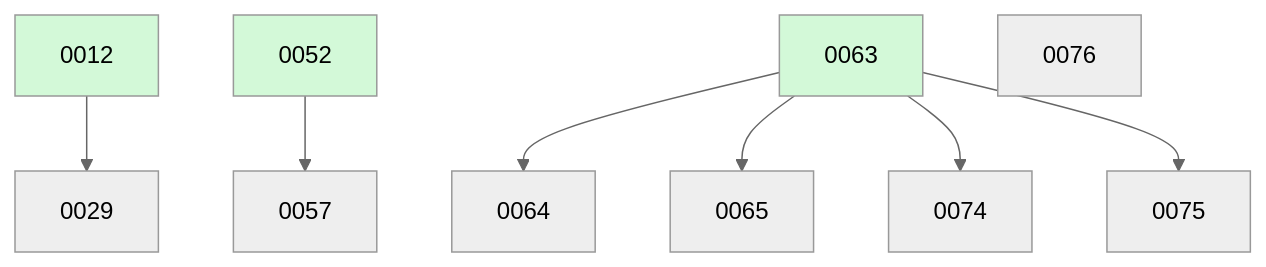
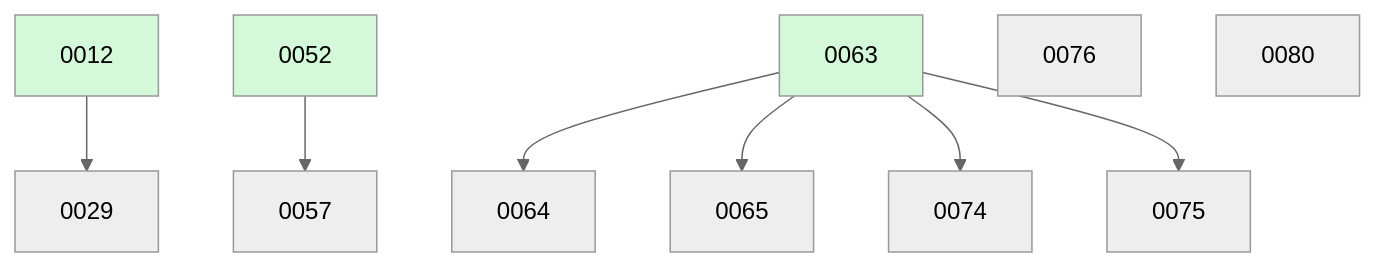
The diagram in docs/changes/BOARD.md (ethanhinson/fuse), drawn with Mermaid (neutral theme) before and after one commit. The commit also changed other lines of this file, not shown here.

````diff
--- a/docs/changes/BOARD.md
+++ b/docs/changes/BOARD.md
@@ -22,14 +23,15 @@
 ```mermaid
 graph TD
   0012 --> 0029
   0052 --> 0057
   0063 --> 0064
   0063 --> 0065
   0063 --> 0074
   0063 --> 0075
   0076
+  0080
   0012:::done
   0052:::done
   0063:::done
   classDef done fill:#d3f9d8;
 ```
````
